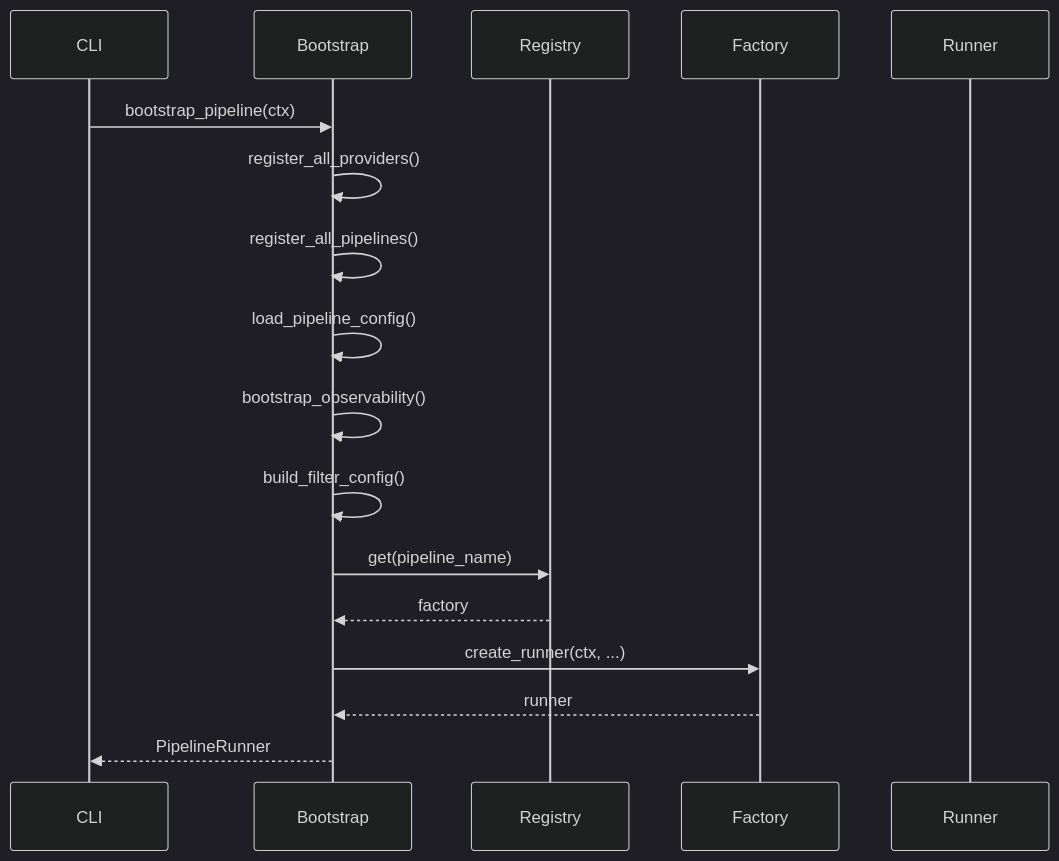
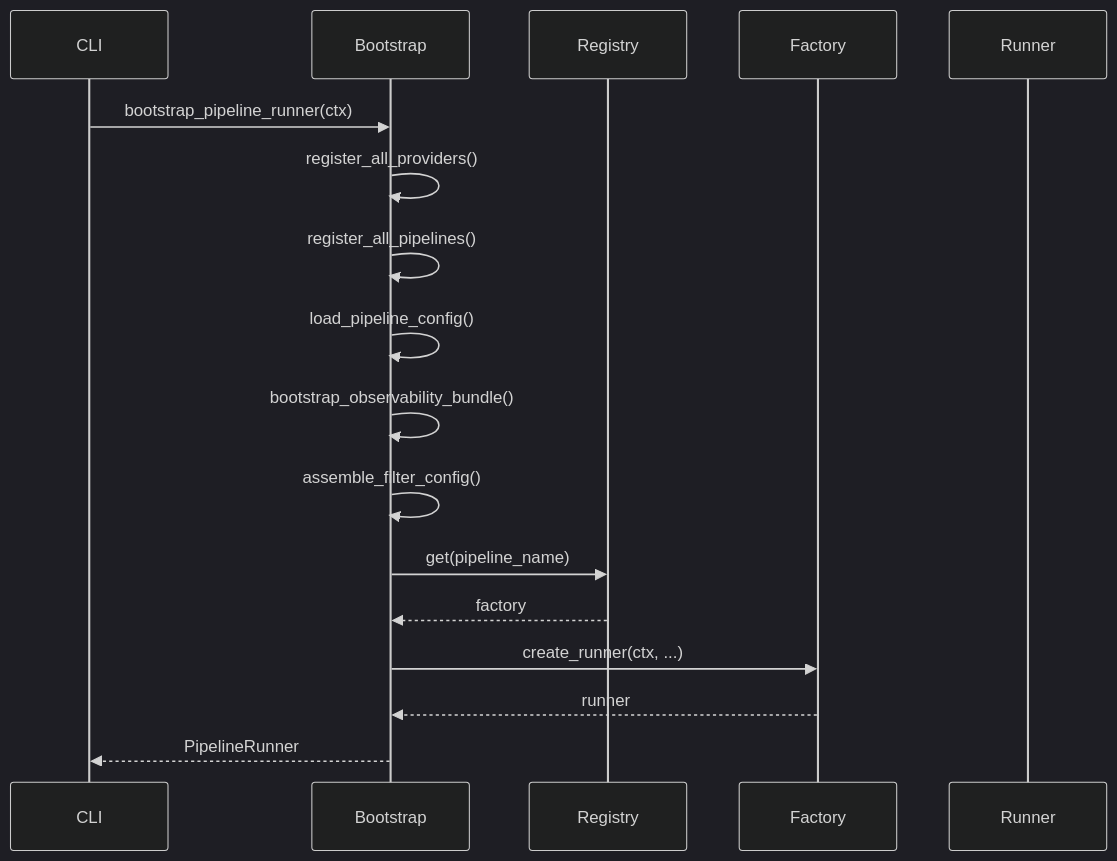
Before and after one commit to SatoryKono/BioactivityDataAcquisition: the second of 2 diagrams in docs/04-reference/api/composition/bootstrap.md, drawn with Mermaid (dark theme). The commit also changed other lines of this file and 4 other files, not shown here.

````diff
--- a/docs/04-reference/api/composition/bootstrap.md
+++ b/docs/04-reference/api/composition/bootstrap.md
@@ -167,20 +326,20 @@
 ```mermaid
 sequenceDiagram
     participant CLI
     participant Bootstrap
     participant Registry
     participant Factory
     participant Runner
 
-    CLI->>Bootstrap: bootstrap_pipeline(ctx)
+    CLI->>Bootstrap: bootstrap_pipeline_runner(ctx)
     Bootstrap->>Bootstrap: register_all_providers()
     Bootstrap->>Bootstrap: register_all_pipelines()
     Bootstrap->>Bootstrap: load_pipeline_config()
-    Bootstrap->>Bootstrap: bootstrap_observability()
-    Bootstrap->>Bootstrap: build_filter_config()
+    Bootstrap->>Bootstrap: bootstrap_observability_bundle()
+    Bootstrap->>Bootstrap: assemble_filter_config()
     Bootstrap->>Registry: get(pipeline_name)
     Registry-->>Bootstrap: factory
     Bootstrap->>Factory: create_runner(ctx, ...)
     Factory-->>Bootstrap: runner
     Bootstrap-->>CLI: PipelineRunner
 ```
````
